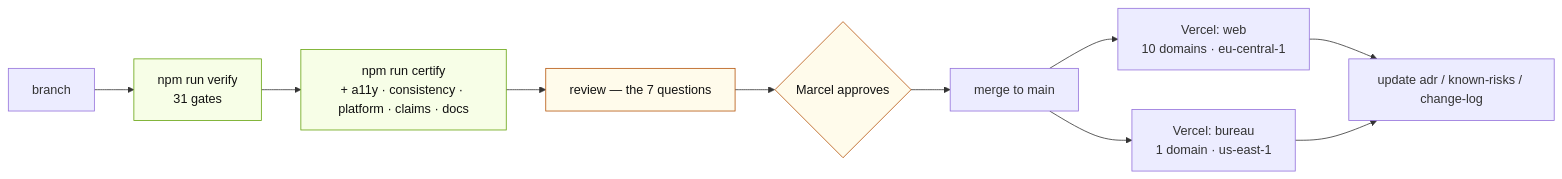
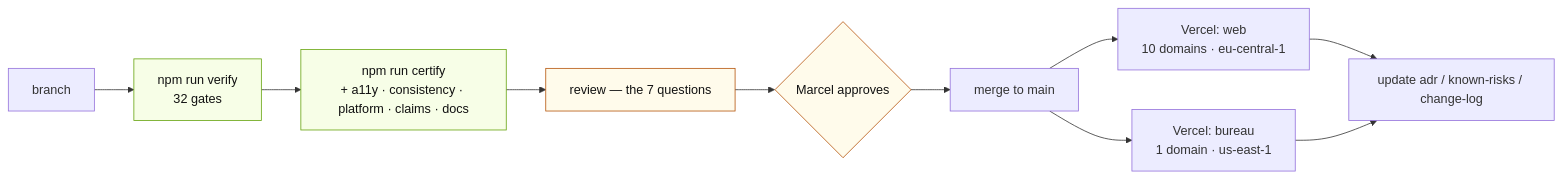
One commit to buddy1974/maxpromo.digital changed the eighth of 10 diagrams in docs/architecture/diagrams.md. Above: the diagram before and after it, drawn with Mermaid. The commit also changed 33 other files, not shown here.

````diff
--- a/docs/architecture/diagrams.md
+++ b/docs/architecture/diagrams.md
@@ -276,19 +276,19 @@
 ```mermaid
 flowchart LR
-  BR["branch"] --> V["npm run verify<br/>31 gates"]
+  BR["branch"] --> V["npm run verify<br/>32 gates"]
   V --> C["npm run certify<br/>+ a11y · consistency · platform · claims · docs"]
   C --> REV["review — the 7 questions"]
   REV --> APP{"Marcel approves"}
   APP --> MERGE["merge to main"]
 
   MERGE --> VW["Vercel: web<br/>10 domains · eu-central-1"]
   MERGE --> VB["Vercel: bureau<br/>1 domain · us-east-1"]
 
   VW --> DOC["update adr / known-risks / change-log"]
   VB --> DOC
 
   classDef gate fill:#F7FEE7,stroke:#65A30D,color:#111111
   classDef human fill:#FFFBEB,stroke:#B45309,color:#111111
   class V,C gate
   class REV,APP human
 ```
````
